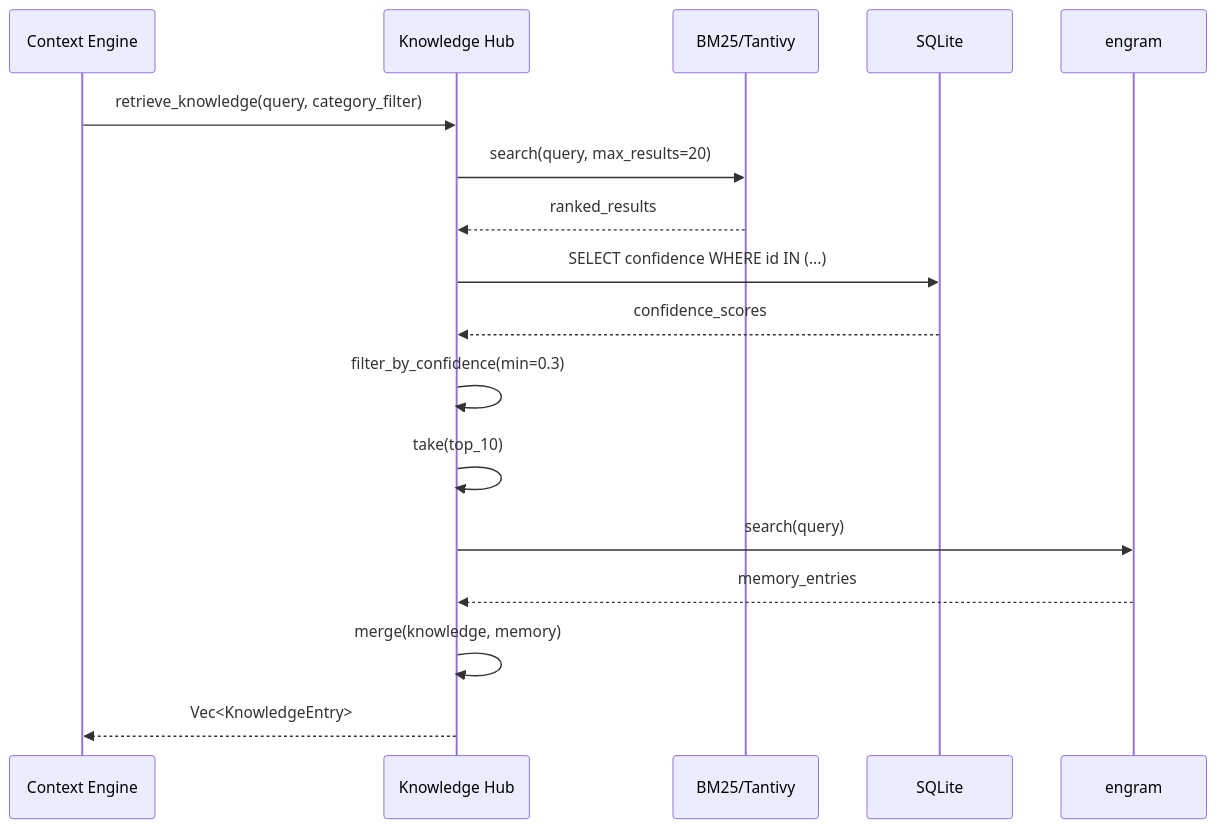
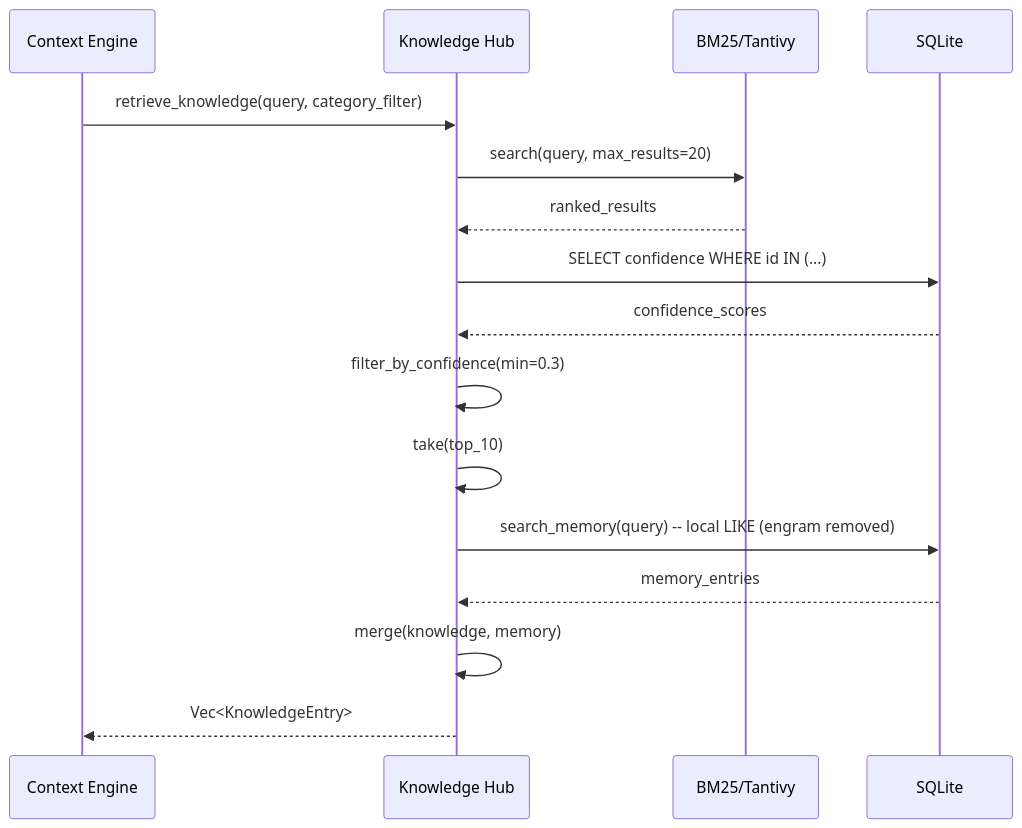
One commit to leonortega/coderun changed the fourth of 11 diagrams in docs/01-architecture/DATA_FLOW.md. Above: the diagram before and after it, drawn with Mermaid. The commit also changed other lines of this file and 44 other files, not shown here.

First line of the commit message:
feat(v1): minimal stack Tree-sitter+Tantivy+SQLite+Git, remove MkDocs/Knowledge Hub/LiteLLM, make skills opt-in, cache Tantivy reader, gate graph for large repos

````diff
--- a/docs/01-architecture/DATA_FLOW.md
+++ b/docs/01-architecture/DATA_FLOW.md
@@ -195,24 +195,23 @@
 ```mermaid
 sequenceDiagram
     participant CE as Context Engine
     participant KH as Knowledge Hub
     participant TV as BM25/Tantivy
     participant DB as SQLite
-    participant ENG as engram
 
     CE->>KH: retrieve_knowledge(query, category_filter)
     KH->>TV: search(query, max_results=20)
     TV-->>KH: ranked_results
 
     KH->>DB: SELECT confidence WHERE id IN (...)
     DB-->>KH: confidence_scores
 
     KH->>KH: filter_by_confidence(min=0.3)
     KH->>KH: take(top_10)
 
-    KH->>ENG: search(query)
-    ENG-->>KH: memory_entries
+    KH->>DB: search_memory(query)  -- local LIKE (engram removed)
+    DB-->>KH: memory_entries
 
     KH->>KH: merge(knowledge, memory)
     KH-->>CE: Vec<KnowledgeEntry>
 ```
````
